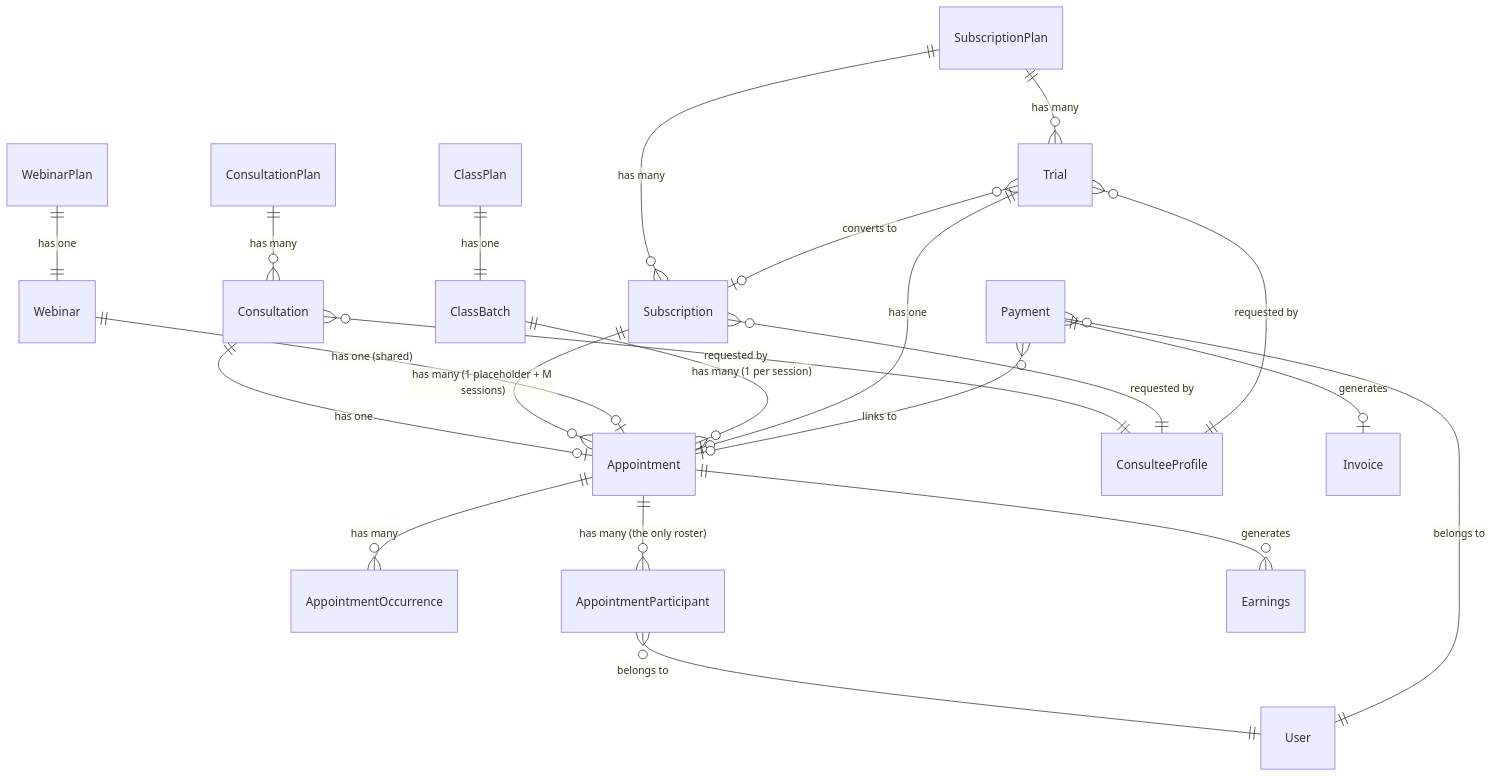
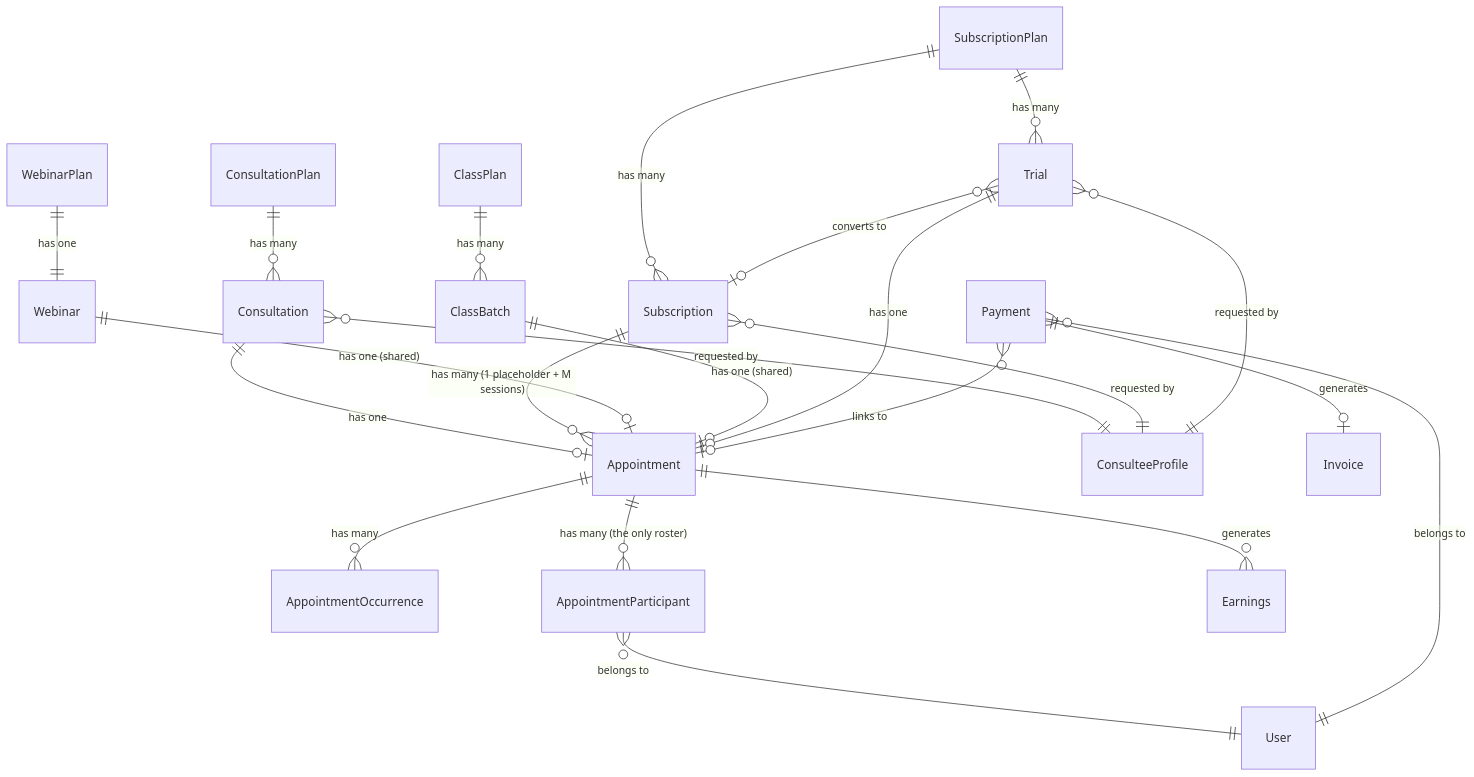
The second of 16 diagrams in docs/booking/06-booking-lifecycle.md (Practitionist/familiarise_web), drawn with Mermaid before and after one commit. The commit also changed other lines of this file and 38 other files, not shown here.

````diff
--- a/docs/booking/06-booking-lifecycle.md
+++ b/docs/booking/06-booking-lifecycle.md
@@ -101,30 +101,30 @@
 ```mermaid
 erDiagram
     ConsultationPlan ||--o{ Consultation : "has many"
     SubscriptionPlan ||--o{ Subscription : "has many"
     SubscriptionPlan ||--o{ Trial : "has many"
     WebinarPlan ||--|| Webinar : "has one"
-    ClassPlan ||--|| ClassBatch : "has one"
+    ClassPlan ||--o{ ClassBatch : "has many"
 
     Consultation ||--o| Appointment : "has one"
     Subscription ||--o{ Appointment : "has many (1 placeholder + M sessions)"
     Webinar ||--o| Appointment : "has one (shared)"
-    ClassBatch ||--o{ Appointment : "has many (1 per session)"
+    ClassBatch ||--o| Appointment : "has one (shared)"
     Trial ||--o| Appointment : "has one"
 
     Appointment ||--o{ AppointmentOccurrence : "has many"
     Appointment ||--o{ AppointmentParticipant : "has many (the only roster)"
     AppointmentParticipant }o--|| User : "belongs to"
 
     Payment }o--o| Appointment : "links to"
     Payment }o--|| User : "belongs to"
 
     Consultation }o--|| ConsulteeProfile : "requested by"
     Subscription }o--|| ConsulteeProfile : "requested by"
     Trial }o--|| ConsulteeProfile : "requested by"
     Trial }o--o| Subscription : "converts to"
 
 
     Appointment ||--o{ Earnings : "generates"
     Payment ||--o| Invoice : "generates"
 ```
````
